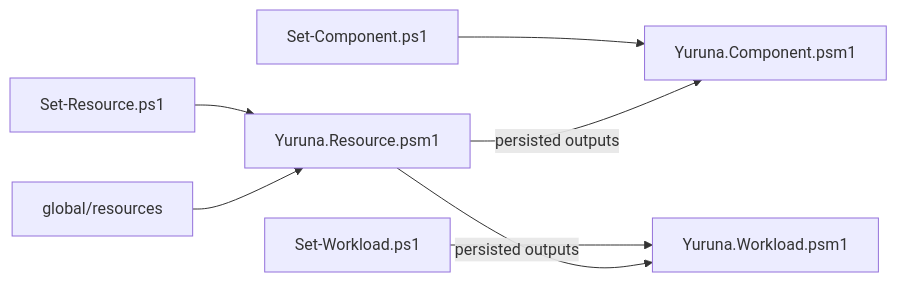
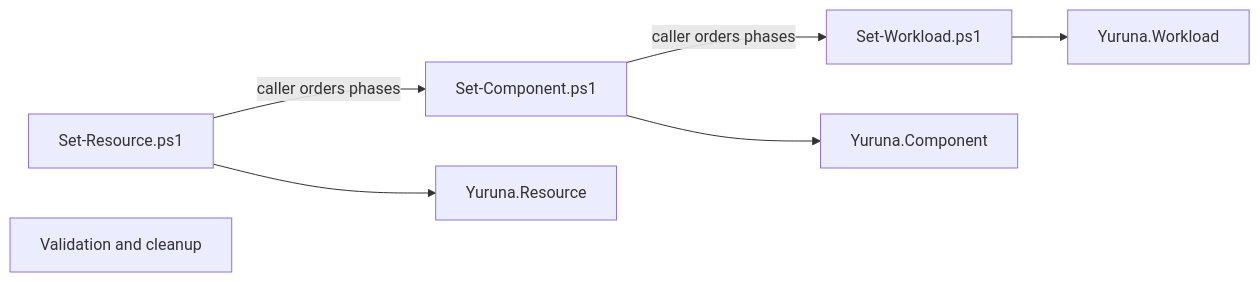
One commit to alissonsol/yuruna changed the second of 7 diagrams in docs/design/02-component-breakdown.md. Above: the diagram before and after it, drawn with Mermaid. The commit also changed other lines of this file and 1383 other files, not shown here.

````diff
--- a/docs/design/02-component-breakdown.md
+++ b/docs/design/02-component-breakdown.md
@@ -61,9 +48,15 @@
 ```mermaid
 flowchart LR
-    set-resource["Set-Resource.ps1"] --> yuruna-resource["Yuruna.Resource.psm1"]
-    set-component["Set-Component.ps1"] --> yuruna-component["Yuruna.Component.psm1"]
-    set-workload["Set-Workload.ps1"] --> yuruna-workload["Yuruna.Workload.psm1"]
-    global-resources["global/resources"] --> yuruna-resource
-    yuruna-resource -->|persisted outputs| yuruna-component
-    yuruna-resource -->|persisted outputs| yuruna-workload
+    set-resource-ps1["Set-Resource.ps1"]
+    set-component-ps1["Set-Component.ps1"]
+    set-workload-ps1["Set-Workload.ps1"]
+    yuruna-resource-psm1["Yuruna.Resource"]
+    yuruna-component-psm1["Yuruna.Component"]
+    yuruna-workload-psm1["Yuruna.Workload"]
+    test-configuration-ps1["Validation and cleanup"]
+    set-resource-ps1 --> yuruna-resource-psm1
+    set-component-ps1 --> yuruna-component-psm1
+    set-workload-ps1 --> yuruna-workload-psm1
+    set-resource-ps1 -->|caller orders phases| set-component-ps1
+    set-component-ps1 -->|caller orders phases| set-workload-ps1
 ```
````
